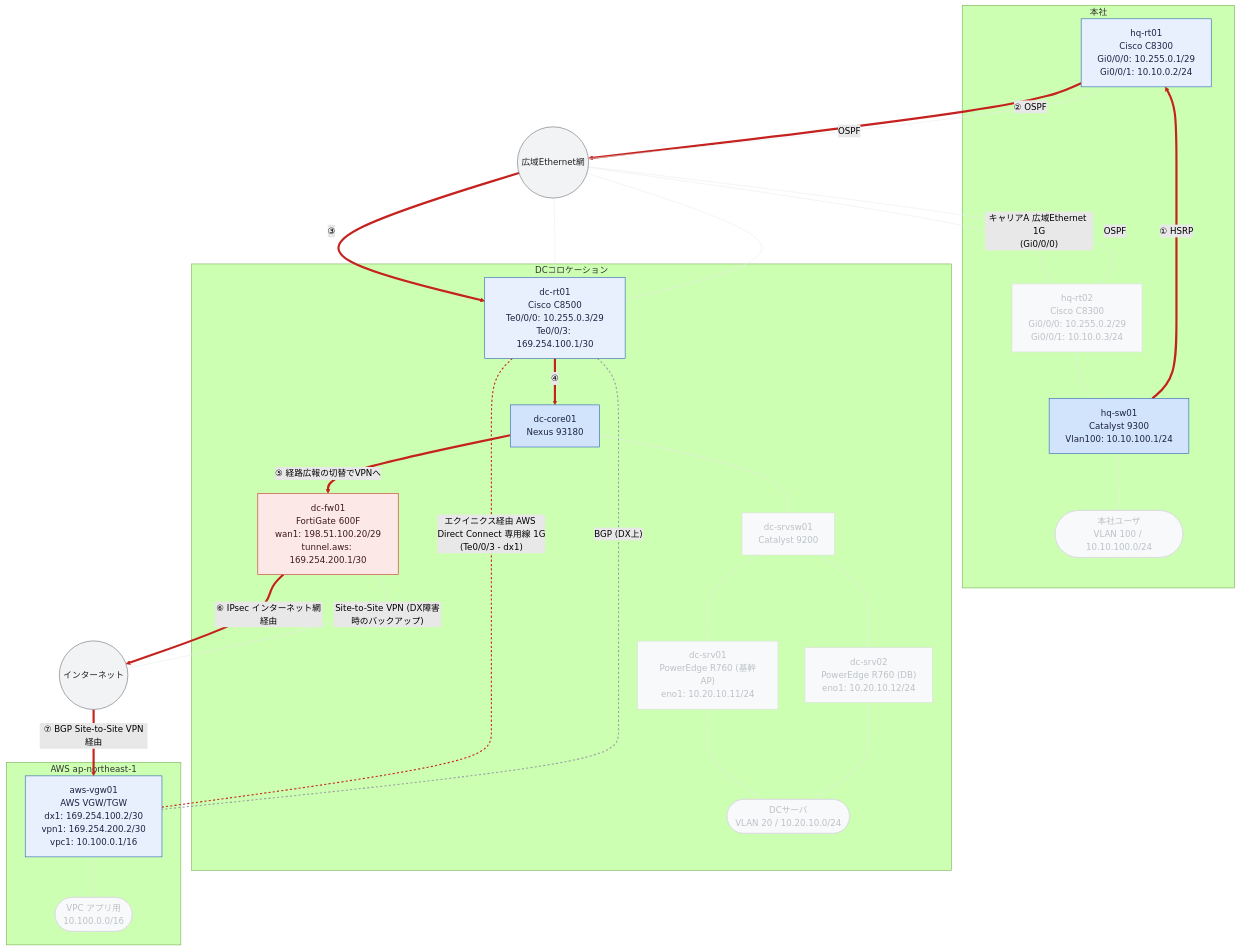
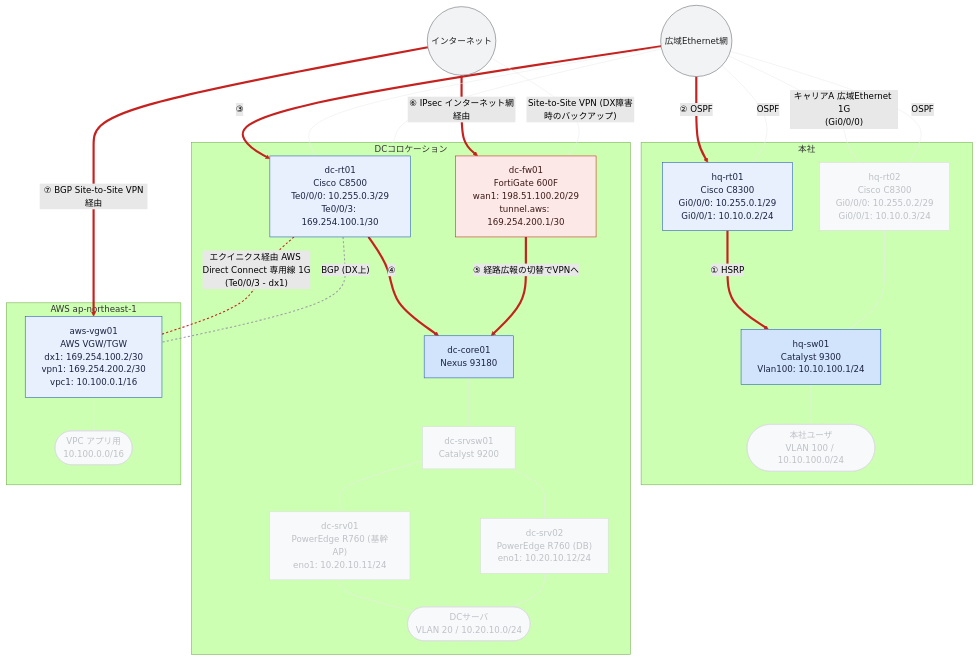
One commit to thinas1115/nwdsl changed the diagram in examples/hq-dc-cloud/generated/path-dx-fail.mmd. Above: the diagram before and after it, drawn with Mermaid (forest theme). The commit also changed 21 other files, not shown here.

First line of the commit message:
経路図の矢印反転がレイアウトの階層を壊す問題を修正

```diff
--- a/examples/hq-dc-cloud/generated/path-dx-fail.mmd
+++ b/examples/hq-dc-cloud/generated/path-dx-fail.mmd
@@ -1,66 +1,66 @@
 flowchart TB
   subgraph sg_hq["本社"]
     hq_rt01["hq-rt01<br>Cisco C8300<br>Gi0/0/0: 10.255.0.1/29<br>Gi0/0/1: 10.10.0.2/24"]
     hq_sw01["hq-sw01<br>Catalyst 9300<br>Vlan100: 10.10.100.1/24"]
     hq_rt02["hq-rt02<br>Cisco C8300<br>Gi0/0/0: 10.255.0.2/29<br>Gi0/0/1: 10.10.0.3/24"]
     seg__hq_users(["本社ユーザ<br>VLAN 100 / 10.10.100.0/24"])
   end
   subgraph sg_dc["DCコロケーション"]
     dc_rt01["dc-rt01<br>Cisco C8500<br>Te0/0/0: 10.255.0.3/29<br>Te0/0/3: 169.254.100.1/30"]
     dc_core01["dc-core01<br>Nexus 93180"]
     dc_fw01["dc-fw01<br>FortiGate 600F<br>wan1: 198.51.100.20/29<br>tunnel.aws: 169.254.200.1/30"]
     dc_srvsw01["dc-srvsw01<br>Catalyst 9200"]
     dc_srv01["dc-srv01<br>PowerEdge R760 (基幹AP)<br>eno1: 10.20.10.11/24"]
     dc_srv02["dc-srv02<br>PowerEdge R760 (DB)<br>eno1: 10.20.10.12/24"]
     seg__dc_servers(["DCサーバ<br>VLAN 20 / 10.20.10.0/24"])
   end
   subgraph sg_aws["AWS ap-northeast-1"]
     aws_vgw01["aws-vgw01<br>AWS VGW/TGW<br>dx1: 169.254.100.2/30<br>vpn1: 169.254.200.2/30<br>vpc1: 10.100.0.1/16"]
     seg__aws_vpc_app(["VPC アプリ用<br>10.100.0.0/16"])
   end
   wide_ether(("広域Ethernet網"))
   internet(("インターネット"))
-  hq_sw01 -->|"① HSRP"| hq_rt01
+  hq_rt01 -->|"① HSRP"| hq_sw01
   hq_rt02 --- hq_sw01
   dc_rt01 -->|"④"| dc_core01
-  dc_core01 -->|"⑤ 経路広報の切替でVPNへ"| dc_fw01
+  dc_fw01 -->|"⑤ 経路広報の切替でVPNへ"| dc_core01
   dc_core01 --- dc_srvsw01
   dc_srvsw01 --- dc_srv01
   dc_srvsw01 --- dc_srv02
-  hq_rt01 -->|"② OSPF"| wide_ether
+  wide_ether -->|"② OSPF"| hq_rt01
   wide_ether ---|"キャリアA 広域Ethernet 1G<br>(Gi0/0/0)"| hq_rt02
   wide_ether -->|"③"| dc_rt01
   dc_rt01 ---|"エクイニクス経由 AWS Direct Connect 専用線 1G<br>(Te0/0/3 - dx1)"| aws_vgw01
-  dc_fw01 -->|"⑥ IPsec インターネット網経由"| internet
+  internet -->|"⑥ IPsec インターネット網経由"| dc_fw01
   internet ---|"Site-to-Site VPN (DX障害時のバックアップ)"| dc_fw01
   internet -->|"⑦ BGP Site-to-Site VPN経由"| aws_vgw01
   wide_ether ---|"OSPF"| hq_rt01
   wide_ether --- dc_rt01
   wide_ether ---|"OSPF"| hq_rt02
   wide_ether --- dc_rt01
   dc_rt01 ---|"BGP (DX上)"| aws_vgw01
   hq_sw01 --- seg__hq_users
   dc_srv01 --- seg__dc_servers
   dc_srv02 --- seg__dc_servers
   aws_vgw01 --- seg__aws_vpc_app
 
   classDef node_dim fill:#f8f9fa,stroke:#dadce0,color:#bdc1c6
   classDef node_failed fill:#fce8e6,stroke:#c5221f,color:#3c1a19
   classDef role_router fill:#e8f0fe,stroke:#1a56b0,color:#1a2340
   classDef role_l3switch fill:#d2e3fc,stroke:#1a56b0,color:#1a2340
   classDef role_l2switch fill:#e6f4ea,stroke:#137333,color:#1a2e1f
   classDef role_firewall fill:#fce8e6,stroke:#c5221f,color:#3c1a19
   classDef role_other fill:#f1f3f4,stroke:#5f6368,color:#202124
   classDef node_cloud fill:#f1f3f4,stroke:#5f6368,color:#202124
   classDef node_site fill:#fff8e1,stroke:#b58105,color:#4a3a08
   classDef node_segment fill:#e2f5f0,stroke:#0f766e,color:#0b3d38
   classDef node_external fill:#ffffff,stroke:#9aa0a6,stroke-dasharray:3 3,color:#5f6368
   class hq_rt01,dc_rt01,aws_vgw01 role_router
   class hq_sw01,dc_core01 role_l3switch
   class hq_rt02,dc_srvsw01,dc_srv01,dc_srv02,seg__hq_users,seg__dc_servers,seg__aws_vpc_app node_dim
   class dc_fw01 role_firewall
   class wide_ether,internet node_cloud
   linkStyle 0,2,3,7,9,11,13 stroke:#c5221f,stroke-width:4px
   linkStyle 1,4,5,6,8,12,14,15,16,17,19,20,21,22 stroke:#e8eaed,stroke-width:1px
   linkStyle 10 stroke:#c5221f,stroke-width:2px,stroke-dasharray:4 4
   linkStyle 18 stroke:#9aa0a6,stroke-width:2px,stroke-dasharray:4 4
```
